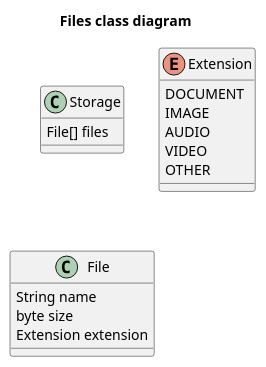
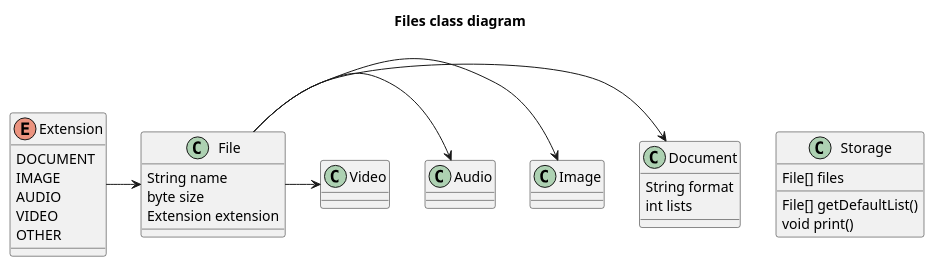
Before and after one commit to esoe/education: the diagram in files/src/main/docs/diagrams/src/Files.puml, drawn with PlantUML. The commit also changed 10 other files, not shown here.

```diff
--- a/files/src/main/docs/diagrams/src/Files.puml
+++ b/files/src/main/docs/diagrams/src/Files.puml
@@ -1,20 +1,42 @@
 @startuml Files
+title Files class diagram
 
-title Files class diagram
-class Storage {
-    File[] files
-}
 enum Extension{
     DOCUMENT
     IMAGE
     AUDIO
     VIDEO
     OTHER
 }
 class File {
     String name
     byte size
     Extension extension
 }
+class Document{
+    String format
+    int lists
+}
+class Image{
+
+}
+class Audio{
+
+}
+class Video{
+
+}
+
+Extension -> File
+File -> Document
+File -> Image
+File -> Audio
+File -> Video
+
+class Storage {
+    File[] files
+    File[] getDefaultList()
+    void print()
+}
 
 @enduml
```
